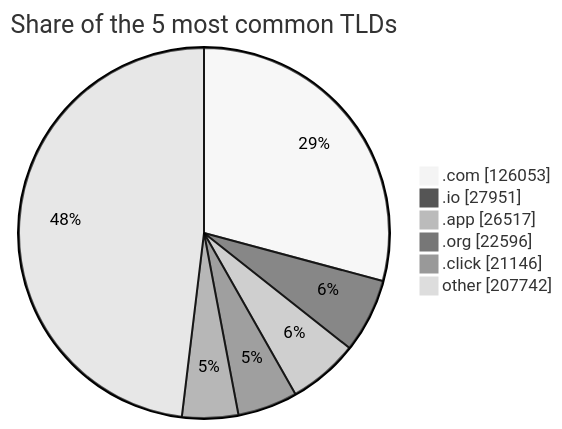
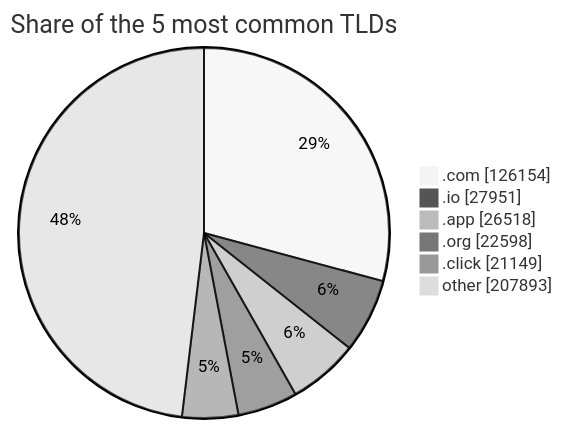
One commit to DNSBunker/CTI changed the third of 3 diagrams in README.md. Above: the diagram before and after it, drawn with Mermaid (neutral theme). The commit also changed other lines of this file and 3 other files, not shown here.

````diff
--- a/README.md
+++ b/README.md
@@ -81,9 +81,9 @@
 ```mermaid
 pie showData title Share of the 5 most common TLDs
-    ".com" : 126053
+    ".com" : 126154
     ".io" : 27951
-    ".app" : 26517
-    ".org" : 22596
-    ".click" : 21146
-    "other" : 207742
+    ".app" : 26518
+    ".org" : 22598
+    ".click" : 21149
+    "other" : 207893
 ```
````
